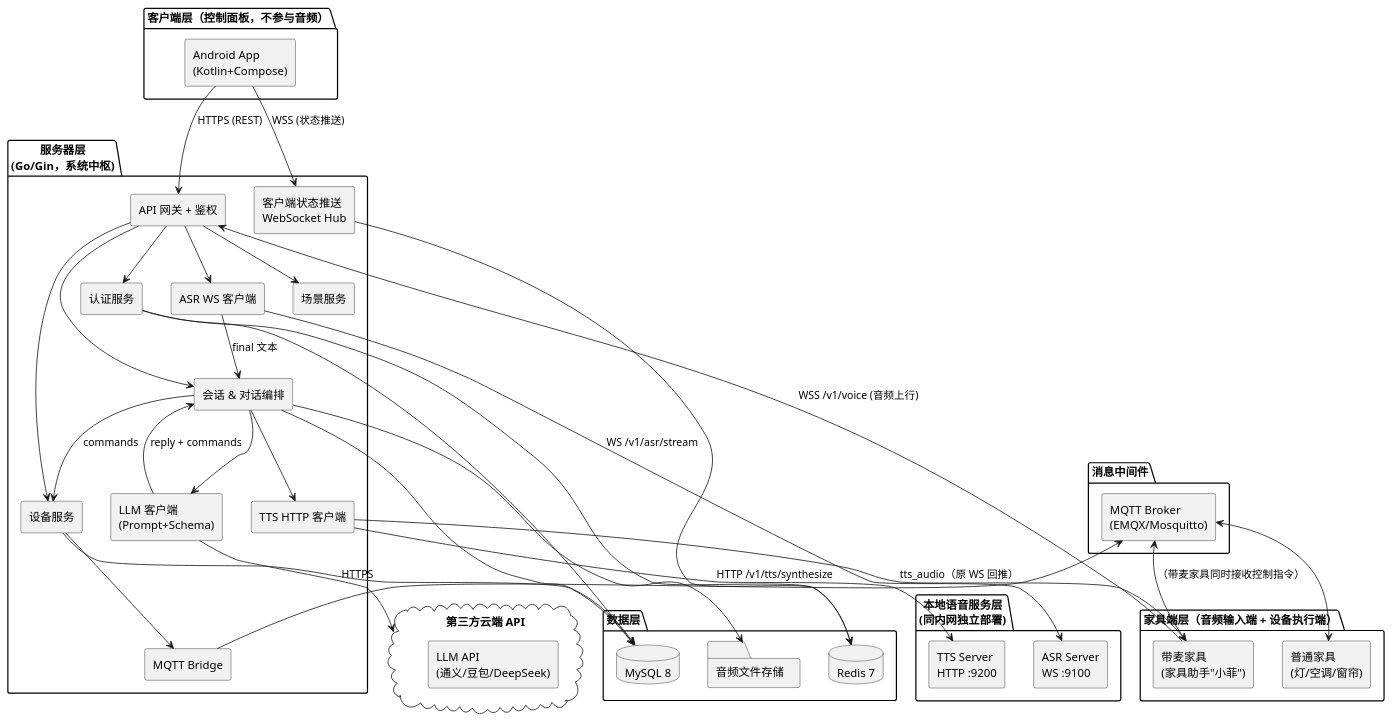
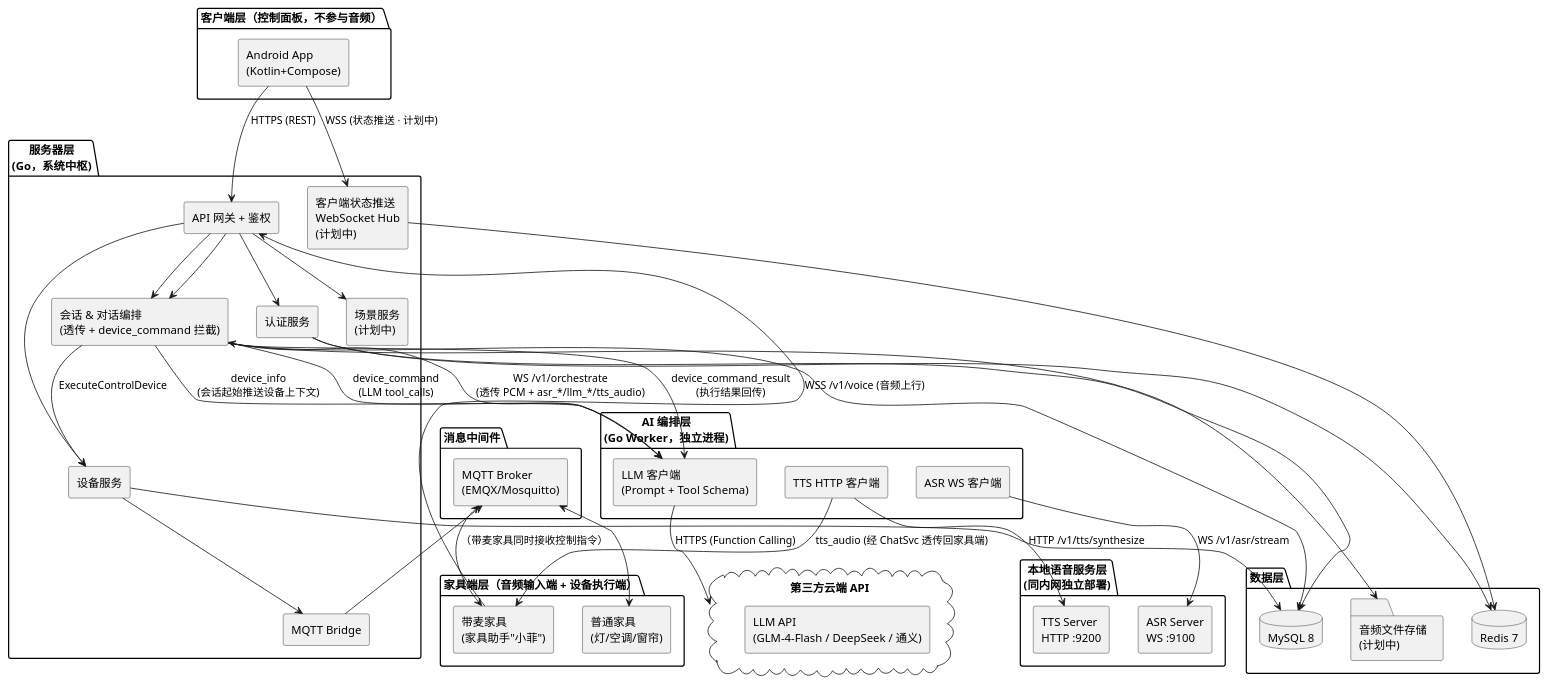
The first of 6 diagrams in docs/03-软件设计文档.md (Yoruko666/Taffy-Assistant), drawn with PlantUML before and after one commit. The commit also changed other lines of this file and 5 other files, not shown here.

````diff
--- a/docs/03-软件设计文档.md
+++ b/docs/03-软件设计文档.md
@@ -48,77 +49,80 @@
 ```plantuml
 @startuml
 skinparam componentStyle rectangle
 
 package "客户端层（控制面板，不参与音频）" {
   [Android App\n(Kotlin+Compose)] as App
 }
 
 package "家具端层（音频输入端 + 设备执行端）" {
   [带麦家具\n(家具助手"小菲")] as Mic
   [普通家具\n(灯/空调/窗帘)] as Dev
 }
 
-package "服务器层\n(Go/Gin，系统中枢)" {
+package "服务器层\n(Go，系统中枢)" {
   [API 网关 + 鉴权] as GW
   [认证服务] as Auth
   [设备服务] as DevSvc
-  [会话 & 对话编排] as ChatSvc
-  [场景服务] as SceneSvc
-  [客户端状态推送\nWebSocket Hub] as WS
+  [会话 & 对话编排\n(透传 + device_command 拦截)] as ChatSvc
+  [场景服务\n(计划中)] as SceneSvc
+  [客户端状态推送\nWebSocket Hub\n(计划中)] as WS
   [MQTT Bridge] as MB
-  [LLM 客户端\n(Prompt+Schema)] as LLMCli
+}
+
+package "AI 编排层\n(Go Worker，独立进程)" {
+  [LLM 客户端\n(Prompt + Tool Schema)] as LLMCli
   [ASR WS 客户端] as ASRCli
   [TTS HTTP 客户端] as TTSCli
 }
 
 package "本地语音服务层\n(同内网独立部署)" {
   [ASR Server\nWS :9100] as ASRSvr
   [TTS Server\nHTTP :9200] as TTSSvr
 }
 
 package "消息中间件" {
   [MQTT Broker\n(EMQX/Mosquitto)] as Broker
 }
 
 package "数据层" {
   database "MySQL 8" as DB
   database "Redis 7" as Cache
-  folder "音频文件存储" as OSS
+  folder "音频文件存储\n(计划中)" as OSS
 }
 
 cloud "第三方云端 API" as Cloud {
-  [LLM API\n(通义/豆包/DeepSeek)]
+  [LLM API\n(GLM-4-Flash / DeepSeek / 通义)]
 }
 
 App --> GW : HTTPS (REST)
-App --> WS  : WSS (状态推送)
+App --> WS  : WSS (状态推送 · 计划中)
 
 Mic --> GW   : WSS /v1/voice (音频上行)
-GW  --> ASRCli
+GW  --> ChatSvc
+ChatSvc --> LLMCli : WS /v1/orchestrate\n(透传 PCM + asr_*/llm_*/tts_audio)
 ASRCli --> ASRSvr : WS /v1/asr/stream
-ASRCli --> ChatSvc : final 文本
-ChatSvc --> LLMCli
-LLMCli  --> Cloud  : HTTPS
-LLMCli  --> ChatSvc : reply + commands
-ChatSvc --> TTSCli
-TTSCli  --> TTSSvr : HTTP /v1/tts/synthesize
-TTSCli  --> Mic    : tts_audio（原 WS 回推）
-ChatSvc --> DevSvc : commands
+LLMCli --> Cloud  : HTTPS (Function Calling)
+TTSCli --> TTSSvr : HTTP /v1/tts/synthesize
+LLMCli --> ChatSvc : device_command\n(LLM tool_calls)
+ChatSvc --> LLMCli : device_command_result\n(执行结果回传)
+ChatSvc --> LLMCli : device_info\n(会话起始推送设备上下文)
+TTSCli --> Mic    : tts_audio (经 ChatSvc 透传回家具端)
+ChatSvc --> DevSvc : ExecuteControlDevice
 DevSvc  --> MB
 MB      --> Broker
 Broker  <--> Dev
 Broker  <--> Mic   : （带麦家具同时接收控制指令）
 
 GW --> Auth
 GW --> DevSvc
 GW --> ChatSvc
 GW --> SceneSvc
 Auth --> DB
 Auth --> Cache
 DevSvc --> DB
 ChatSvc --> DB
 WS --> Cache
 ChatSvc --> OSS
 
 @enduml
 ```
````
